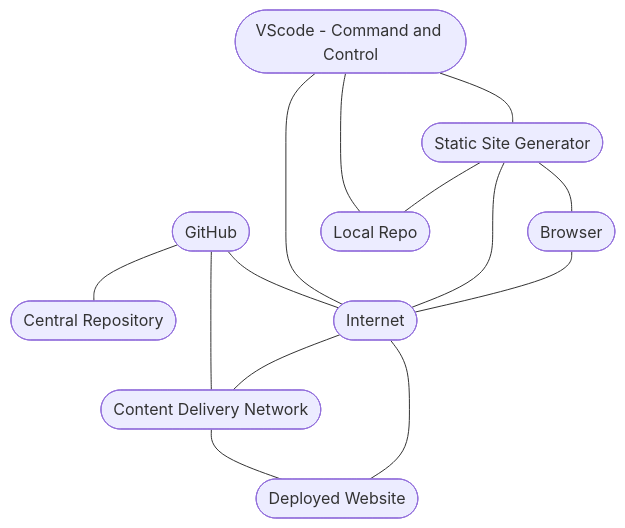
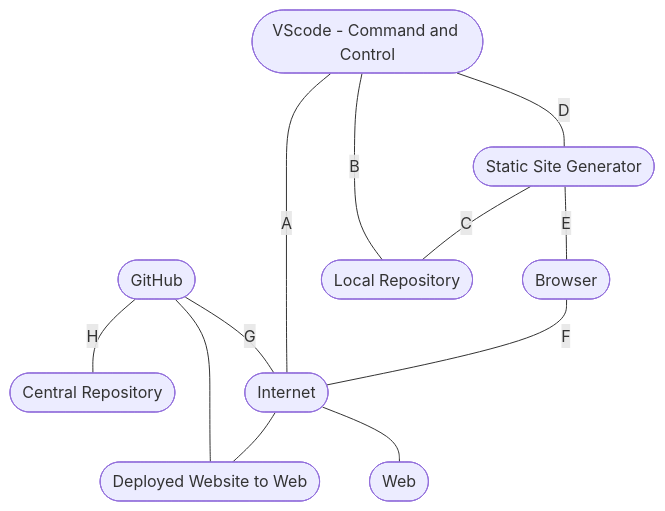
The diagram in docs/website-development-stack.md (JohnTelford/mkdocs-2), drawn with Mermaid before and after one commit. The commit also changed other lines of this file and 3 other files, not shown here.

````diff
--- a/docs/website-development-stack.md
+++ b/docs/website-development-stack.md
@@ -20,40 +15,37 @@
 ``` mermaid
 flowchart TB
 	net([Internet]) 
 
-	net --- cdn
+	web([Web])
 
-	net --- WEB([Deployed Website])
+	net --- cdn([Deployed Website to Web])
+	
+	net --- web
 
 	github([GitHub]) 
 
-	github --- crepo([Central Repository])
+	github ---| H | crepo([Central Repository])
 
 	github --- cdn
 
-	github --- net
+	github ---| G | net
 	
-	cdn([Content Delivery Network])
 
-	cdn --- WEB
-
-	vsc([VScode - Command and Control]) --- net 
+	vsc([VScode - Command and Control]) ---| A | net 
 	
-	vsc --- lrepo([Local Repo])
+	vsc ---| B | lrepo([Local Repository])
 
 	ssg([Static Site Generator])
 
-	vsc --- ssg
+	vsc ---| D |ssg
 
-	ssg --- lrepo
-
-	ssg --- net
+	ssg ---| C | lrepo
 
 	brow([Browser])
 
-	ssg --- brow
+	ssg ---| E | brow
 
-	brow --- net
+	brow ---| F | net
 
 
 ```
````
